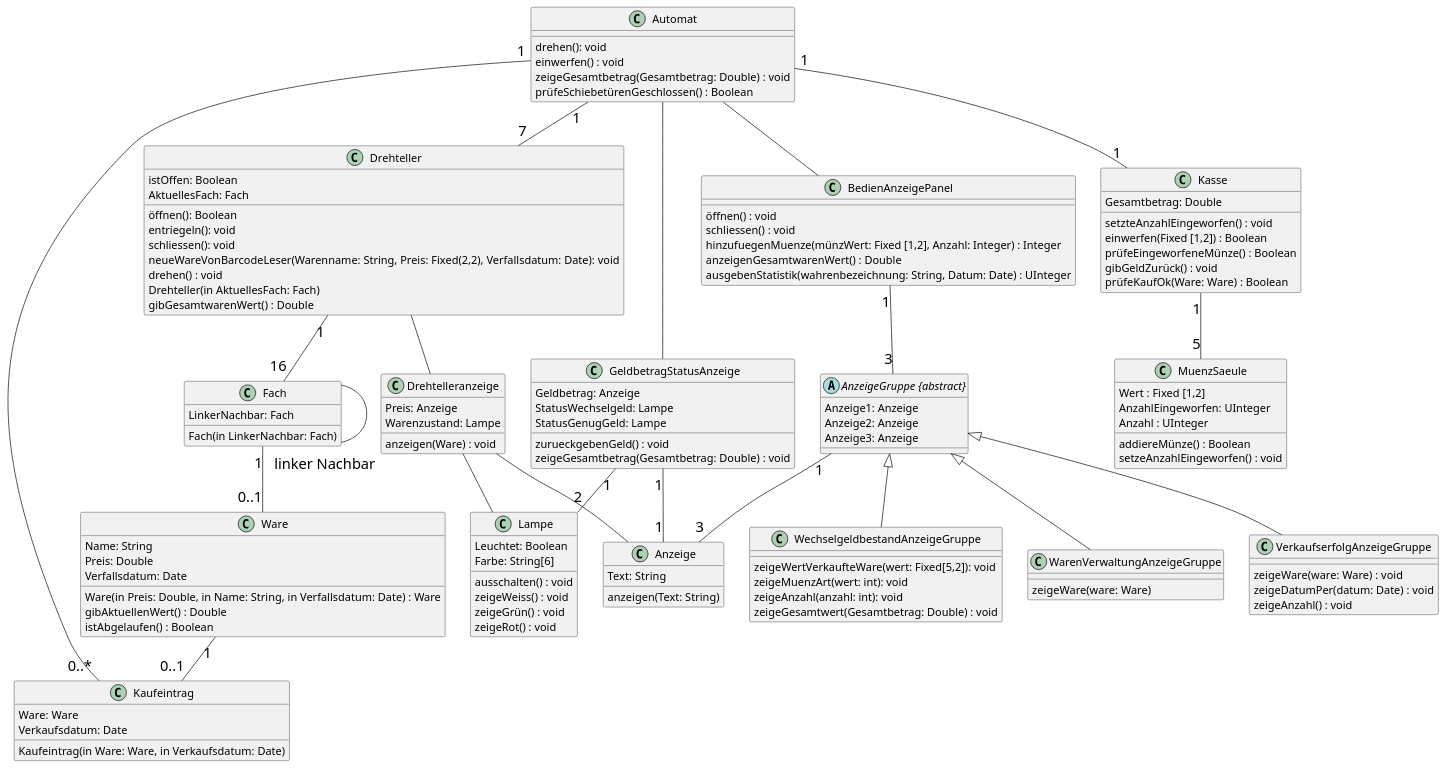
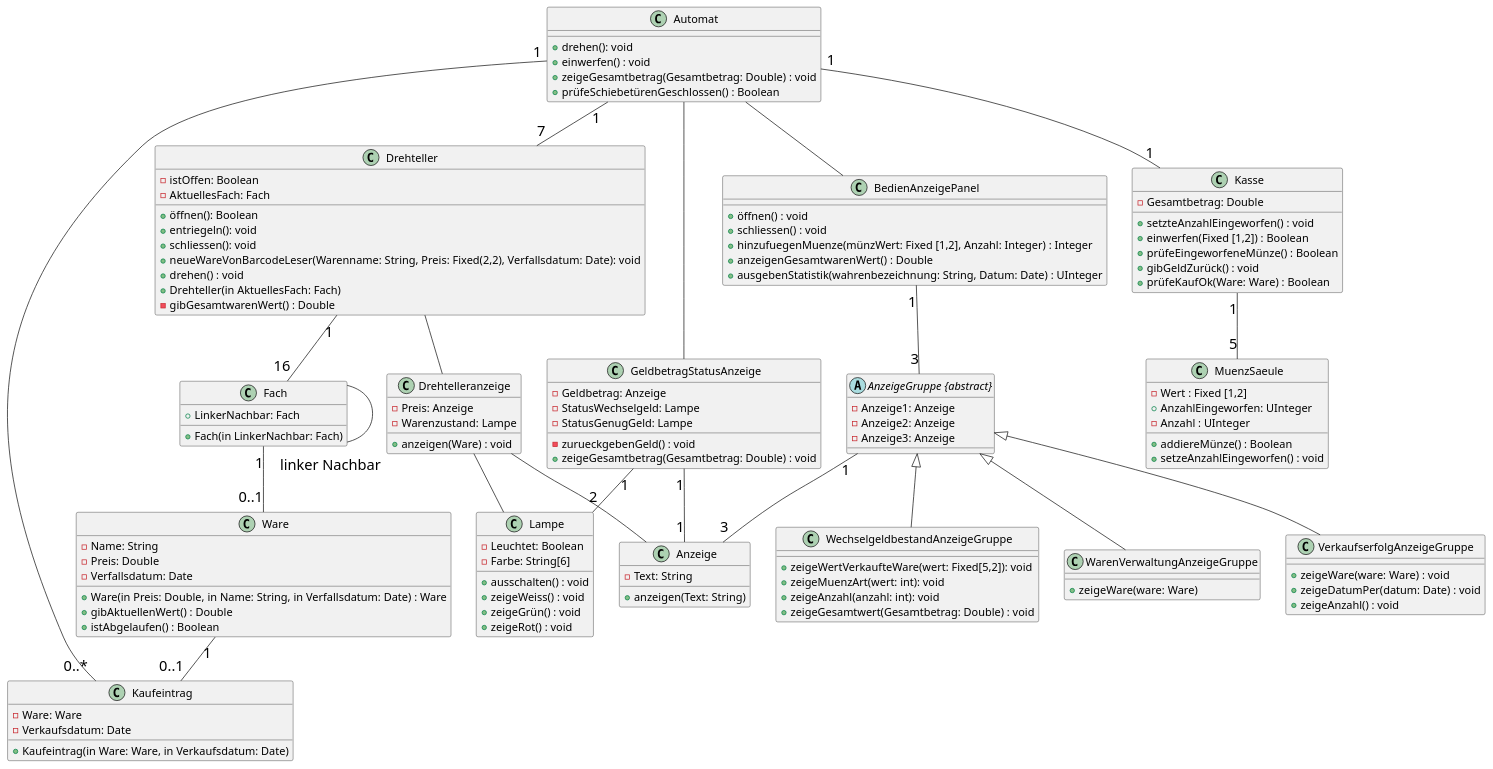
One commit to egoat/MAS-SE22_Warenautomat2022_Analyse changed the second of 4 diagrams in Warenautomat.md. Above: the diagram before and after it, drawn with PlantUML.

Commit message:
show attributes and methods as private or public

```diff
--- a/Warenautomat.md
+++ b/Warenautomat.md
@@ -86,121 +86,121 @@
 skinparam arrowFontSize 20
 
 class Automat {
-    drehen(): void
-    einwerfen() : void
-    zeigeGesamtbetrag(Gesamtbetrag: Double) : void
-    prüfeSchiebetürenGeschlossen() : Boolean
+    +drehen(): void
+    +einwerfen() : void
+    +zeigeGesamtbetrag(Gesamtbetrag: Double) : void
+    +prüfeSchiebetürenGeschlossen() : Boolean
 }
 
 class Drehteller {
-    istOffen: Boolean
-    öffnen(): Boolean
-    entriegeln(): void
-    schliessen(): void
-    AktuellesFach: Fach
-    neueWareVonBarcodeLeser(Warenname: String, Preis: Fixed(2,2), Verfallsdatum: Date): void
-    drehen() : void
-    Drehteller(in AktuellesFach: Fach)
-    gibGesamtwarenWert() : Double
+    -istOffen: Boolean
+    +öffnen(): Boolean
+    +entriegeln(): void
+    +schliessen(): void
+    -AktuellesFach: Fach
+    +neueWareVonBarcodeLeser(Warenname: String, Preis: Fixed(2,2), Verfallsdatum: Date): void
+    +drehen() : void
+    +Drehteller(in AktuellesFach: Fach)
+    -gibGesamtwarenWert() : Double
 }
 
 
 class Fach {
-    LinkerNachbar: Fach
-    Fach(in LinkerNachbar: Fach)
+    +LinkerNachbar: Fach
+    +Fach(in LinkerNachbar: Fach)
 }
 
 class Ware {
-    Name: String
-    Preis: Double
-    Verfallsdatum: Date
-    Ware(in Preis: Double, in Name: String, in Verfallsdatum: Date) : Ware
-    gibAktuellenWert() : Double
-    istAbgelaufen() : Boolean
+    -Name: String
+    -Preis: Double
+    -Verfallsdatum: Date
+    +Ware(in Preis: Double, in Name: String, in Verfallsdatum: Date) : Ware
+    +gibAktuellenWert() : Double
+    +istAbgelaufen() : Boolean
 }
 
 class Kaufeintrag {
-    Ware: Ware
-    Verkaufsdatum: Date
-    Kaufeintrag(in Ware: Ware, in Verkaufsdatum: Date)
+    -Ware: Ware
+    -Verkaufsdatum: Date
+    +Kaufeintrag(in Ware: Ware, in Verkaufsdatum: Date)
 }
 
 class Kasse {
-    Gesamtbetrag: Double
-    setzteAnzahlEingeworfen() : void
-    einwerfen(Fixed [1,2]) : Boolean
-    prüfeEingeworfeneMünze() : Boolean
-    gibGeldZurück() : void
-    prüfeKaufOk(Ware: Ware) : Boolean
+    -Gesamtbetrag: Double
+    +setzteAnzahlEingeworfen() : void
+    +einwerfen(Fixed [1,2]) : Boolean
+    +prüfeEingeworfeneMünze() : Boolean
+    +gibGeldZurück() : void
+    +prüfeKaufOk(Ware: Ware) : Boolean
 }
 
 class MuenzSaeule {
-    Wert : Fixed [1,2]
-    AnzahlEingeworfen: UInteger
-    Anzahl : UInteger
-    addiereMünze() : Boolean
-    setzeAnzahlEingeworfen() : void
+    -Wert : Fixed [1,2]
+    +AnzahlEingeworfen: UInteger
+    -Anzahl : UInteger
+    +addiereMünze() : Boolean
+    +setzeAnzahlEingeworfen() : void
 }
 
 class Drehtelleranzeige {
-    Preis: Anzeige
-    Warenzustand: Lampe
-    anzeigen(Ware) : void
+    -Preis: Anzeige
+    -Warenzustand: Lampe
+    +anzeigen(Ware) : void
 }
 
 class GeldbetragStatusAnzeige{
-    Geldbetrag: Anzeige
-    StatusWechselgeld: Lampe
-    StatusGenugGeld: Lampe
-    zurueckgebenGeld() : void
-    zeigeGesamtbetrag(Gesamtbetrag: Double) : void
+    -Geldbetrag: Anzeige
+    -StatusWechselgeld: Lampe
+    -StatusGenugGeld: Lampe
+    -zurueckgebenGeld() : void
+    +zeigeGesamtbetrag(Gesamtbetrag: Double) : void
 }
 
 class BedienAnzeigePanel{
-    öffnen() : void
-    schliessen() : void
-    hinzufuegenMuenze(münzWert: Fixed [1,2], Anzahl: Integer) : Integer
-    anzeigenGesamtwarenWert() : Double
-    ausgebenStatistik(wahrenbezeichnung: String, Datum: Date) : UInteger
+    +öffnen() : void
+    +schliessen() : void
+    +hinzufuegenMuenze(münzWert: Fixed [1,2], Anzahl: Integer) : Integer
+    +anzeigenGesamtwarenWert() : Double
+    +ausgebenStatistik(wahrenbezeichnung: String, Datum: Date) : UInteger
 }
 
 abstract "AnzeigeGruppe {abstract}"{
-    Anzeige1: Anzeige
-    Anzeige2: Anzeige
-    Anzeige3: Anzeige
+    -Anzeige1: Anzeige
+    -Anzeige2: Anzeige
+    -Anzeige3: Anzeige
 }
 
 class Anzeige{
-    Text: String
-    anzeigen(Text: String)
+    -Text: String
+    +anzeigen(Text: String)
 }
 
 class Lampe {
-    Leuchtet: Boolean
-    Farbe: String[6]
-    ausschalten() : void
-    zeigeWeiss() : void
-    zeigeGrün() : void
-    zeigeRot() : void
+    -Leuchtet: Boolean
+    -Farbe: String[6]
+    +ausschalten() : void
+    +zeigeWeiss() : void
+    +zeigeGrün() : void
+    +zeigeRot() : void
 
 }
 
 
 class WechselgeldbestandAnzeigeGruppe{
-    zeigeWertVerkaufteWare(wert: Fixed[5,2]): void
-    zeigeMuenzArt(wert: int): void
-    zeigeAnzahl(anzahl: int): void
-    zeigeGesamtwert(Gesamtbetrag: Double) : void
+    +zeigeWertVerkaufteWare(wert: Fixed[5,2]): void
+    +zeigeMuenzArt(wert: int): void
+    +zeigeAnzahl(anzahl: int): void
+    +zeigeGesamtwert(Gesamtbetrag: Double) : void
 }
 
 class WarenVerwaltungAnzeigeGruppe{
-    zeigeWare(ware: Ware)
+    +zeigeWare(ware: Ware)
 }
 
 class VerkaufserfolgAnzeigeGruppe {
-    zeigeWare(ware: Ware) : void
-    zeigeDatumPer(datum: Date) : void
-    zeigeAnzahl() : void
+    +zeigeWare(ware: Ware) : void
+    +zeigeDatumPer(datum: Date) : void
+    +zeigeAnzahl() : void
 }
 
 Automat "1" -- "7" Drehteller
```
